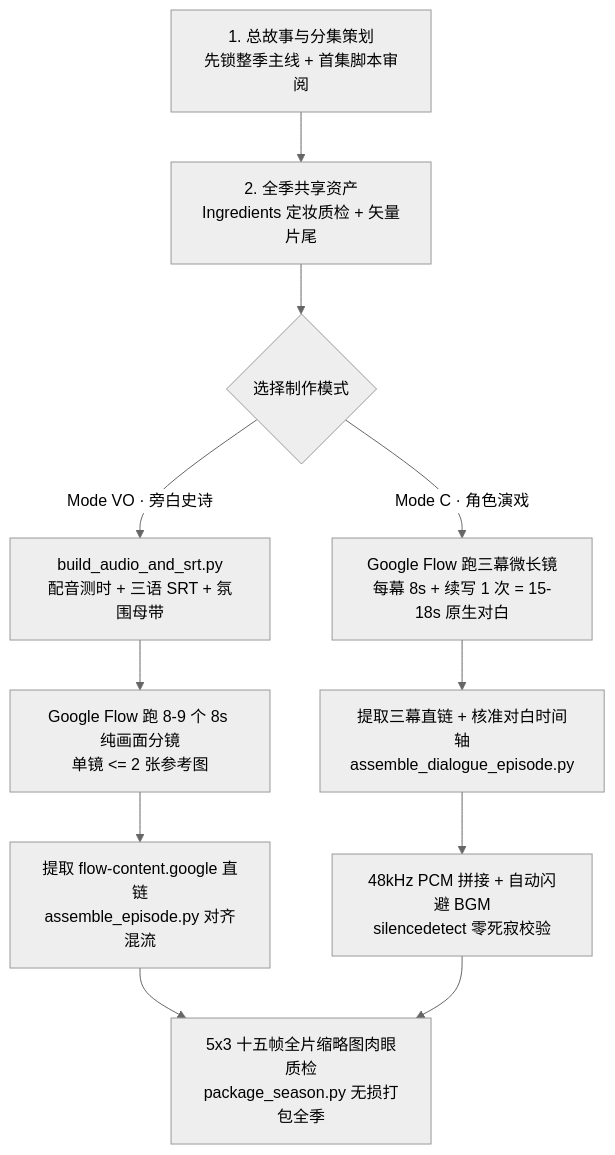
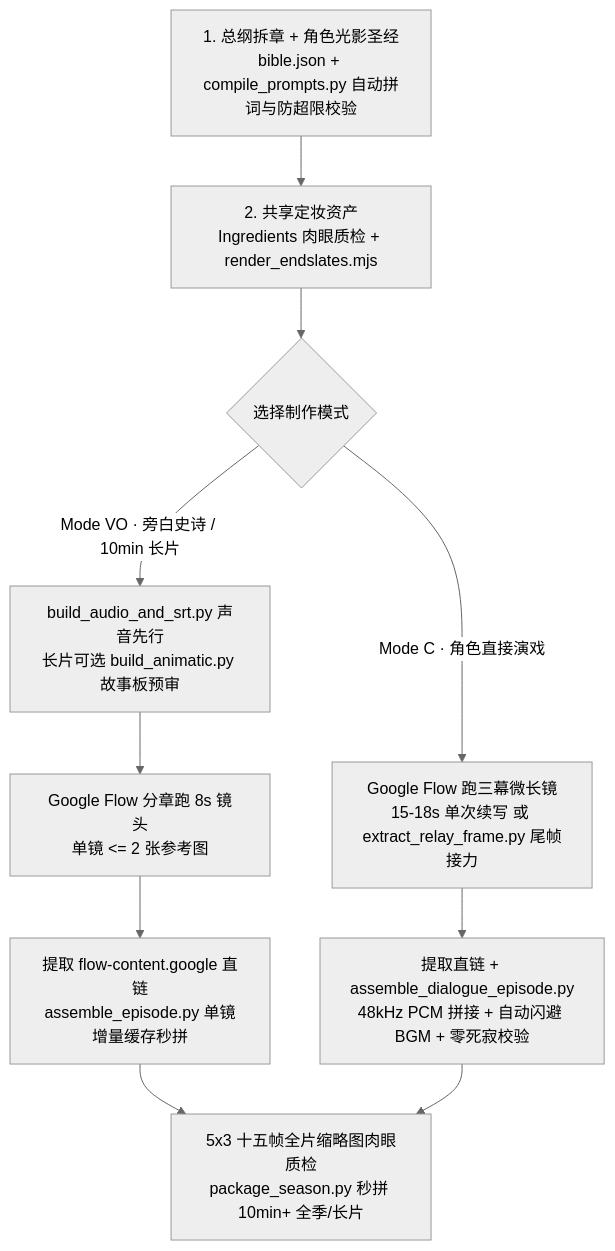
Before and after one commit to baryon/google-flow-story-video: the diagram in SKILL.md, drawn with Mermaid (neutral theme). The commit also changed other lines of this file and 8 other files, not shown here.

Commit message:
feat: add Bible prompt compiler, Last-Frame Relay, Animatic gate, and per-shot hot-rebuild cache

````diff
--- a/SKILL.md
+++ b/SKILL.md
@@ -35,13 +37,12 @@
 ```mermaid
 flowchart TD
-  Plan["1. 总故事与分集策划\n先锁整季主线 + 首集脚本审阅"] --> Assets["2. 全季共享资产\nIngredients 定妆质检 + 矢量片尾"]
+  Plan["1. 总纲拆章 + 角色光影圣经\nbible.json + compile_prompts.py 自动拼词与防超限校验"] --> Assets["2. 共享定妆资产\nIngredients 肉眼质检 + render_endslates.mjs"]
   Assets --> Mode{"选择制作模式"}
-  Mode -->|"Mode VO · 旁白史诗"| VO1["build_audio_and_srt.py\n配音测时 + 三语 SRT + 氛围母带"]
-  VO1 --> VO2["Google Flow 跑 8-9 个 8s 纯画面分镜\n单镜 <= 2 张参考图"]
-  VO2 --> VO3["提取 flow-content.google 直链\nassemble_episode.py 对齐混流"]
-  Mode -->|"Mode C · 角色演戏"| C1["Google Flow 跑三幕微长镜\n每幕 8s + 续写 1 次 = 15-18s 原生对白"]
-  C1 --> C2["提取三幕直链 + 核准对白时间轴\nassemble_dialogue_episode.py"]
-  C2 --> C3["48kHz PCM 拼接 + 自动闪避 BGM\nsilencedetect 零死寂校验"]
-  VO3 --> QA["5x3 十五帧全片缩略图肉眼质检\npackage_season.py 无损打包全季"]
-  C3 --> QA
+  Mode -->|"Mode VO · 旁白史诗 / 10min 长片"| VO1["build_audio_and_srt.py 声音先行\n长片可选 build_animatic.py 故事板预审"]
+  VO1 --> VO2["Google Flow 分章跑 8s 镜头\n单镜 <= 2 张参考图"]
+  VO2 --> VO3["提取 flow-content.google 直链\nassemble_episode.py 单镜增量缓存秒拼"]
+  Mode -->|"Mode C · 角色直接演戏"| C1["Google Flow 跑三幕微长镜\n15-18s 单次续写 或 extract_relay_frame.py 尾帧接力"]
+  C1 --> C2["提取直链 + assemble_dialogue_episode.py\n48kHz PCM 拼接 + 自动闪避 BGM + 零死寂校验"]
+  VO3 --> QA["5x3 十五帧全片缩略图肉眼质检\npackage_season.py 秒拼 10min+ 全季/长片"]
+  C2 --> QA
 ```
````
